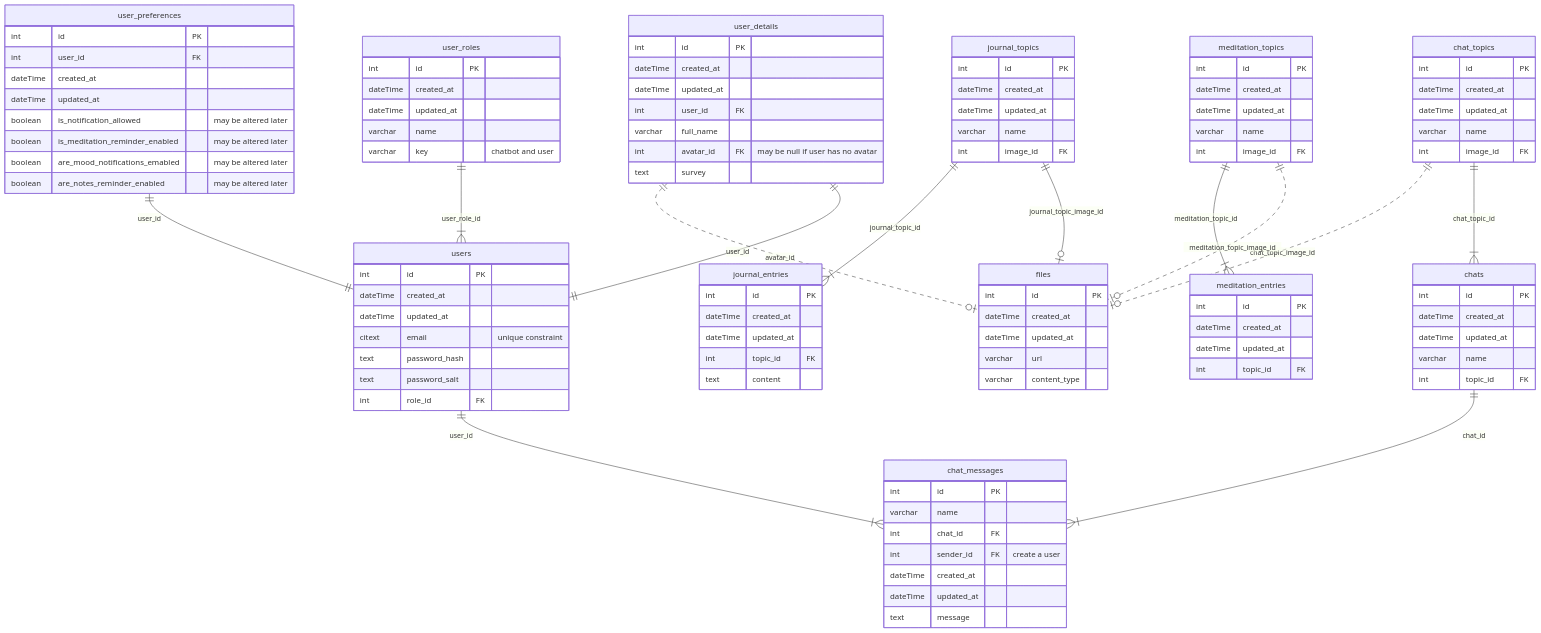
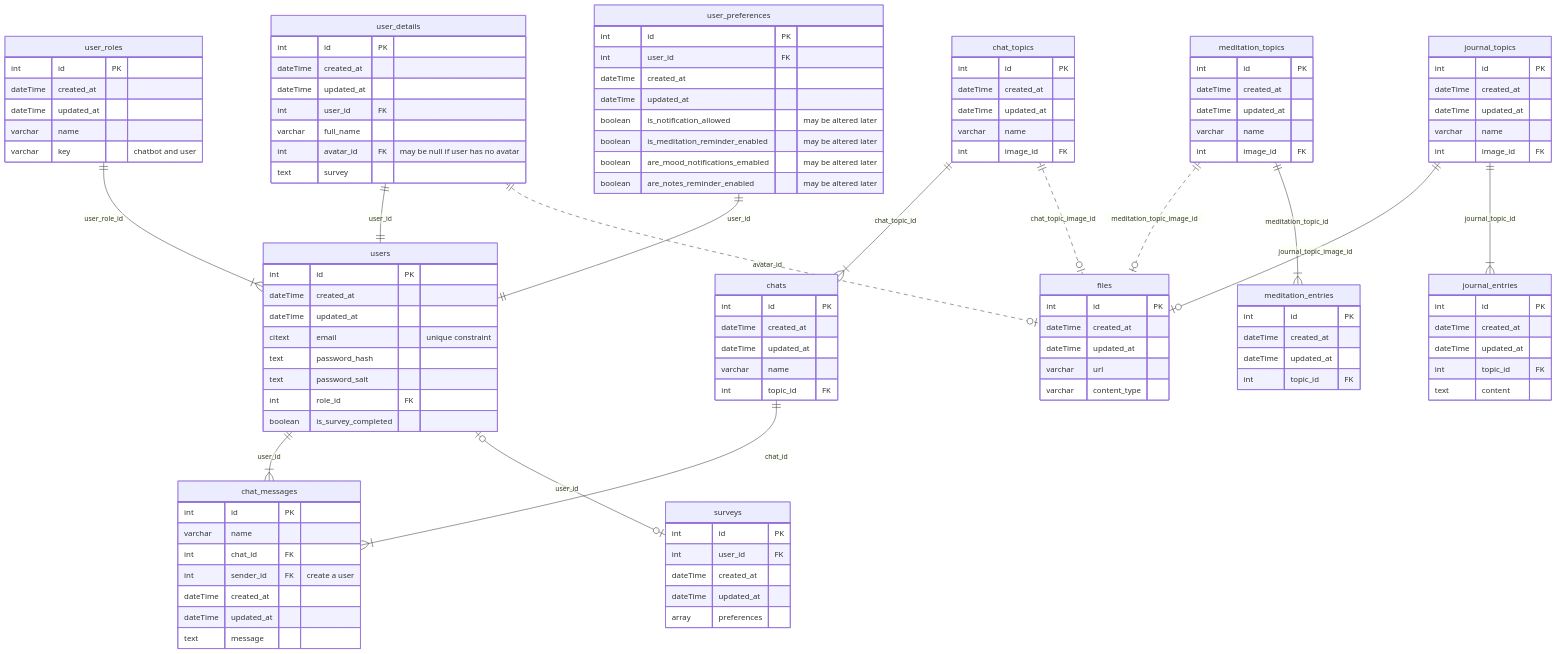
The diagram in readme.md (BinaryStudioAcademy/bsa-2023-calmpal), drawn with Mermaid before and after one commit.

Commit message:
cp-50: * db schema in readme

````diff
--- a/readme.md
+++ b/readme.md
@@ -34,6 +34,7 @@
       text password_hash
       text password_salt
       int role_id FK
+      boolean is_survey_completed
    }
    user_roles {
       int id PK
@@ -118,6 +119,13 @@
       int topic_id FK
       text content
    }
+   surveys {
+      int id PK
+      int user_id FK
+      dateTime created_at
+      dateTime updated_at
+      array preferences
+   }
    user_roles ||--|{ users : user_role_id
    user_details ||--|| users : user_id
    user_preferences ||--|| users : user_id
@@ -130,5 +138,6 @@
    meditation_topics ||--|{ meditation_entries : meditation_topic_id
    journal_topics ||--|o files : journal_topic_image_id
    journal_topics ||--|{ journal_entries : journal_topic_id
+   users |o--o| surveys : user_id
 
 ```
````
